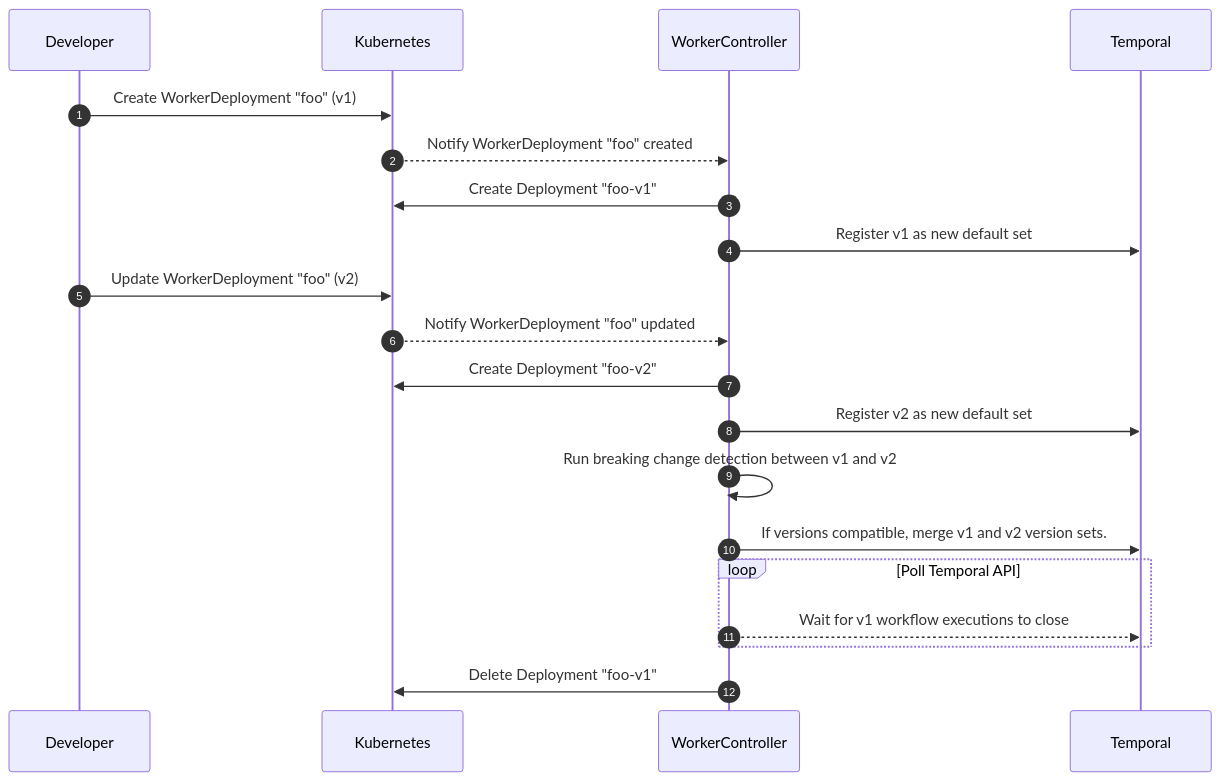
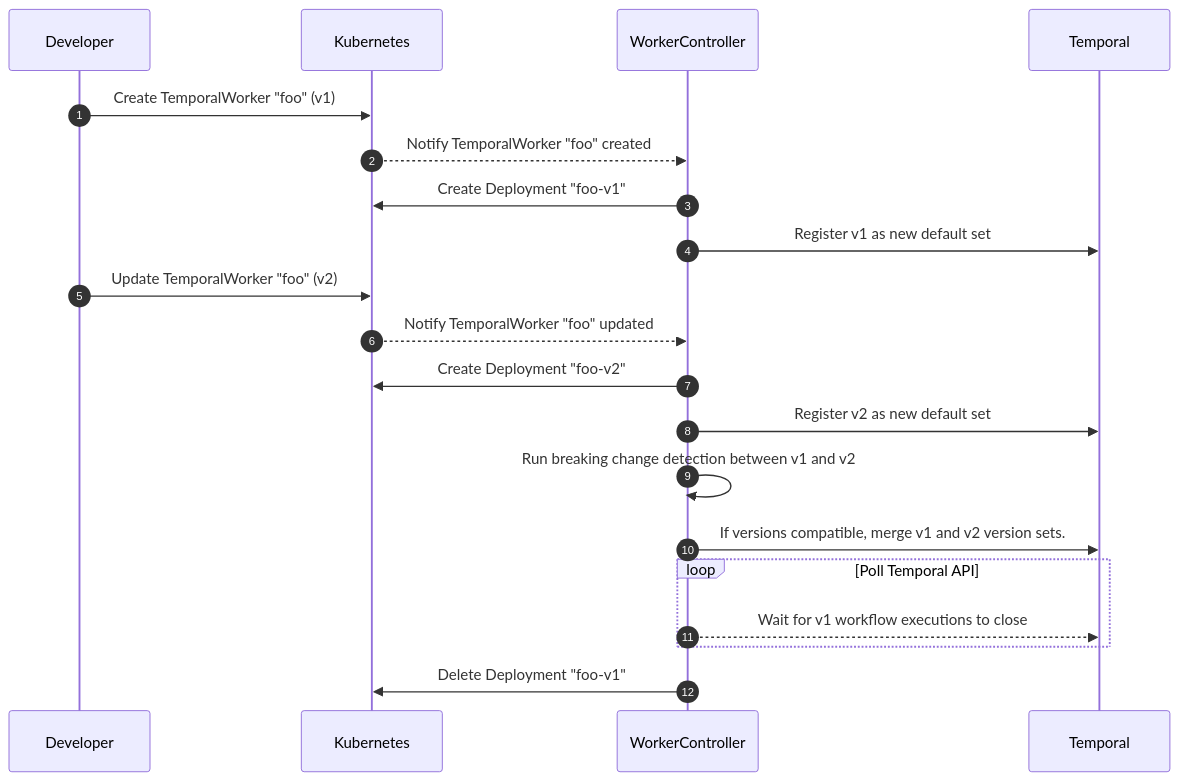
The second of 2 diagrams in README.md (shashwatsuri/temporal-worker-controller), drawn with Mermaid before and after one commit. The commit also changed other lines of this file and 29 other files, not shown here.

````diff
--- a/README.md
+++ b/README.md
@@ -104,26 +104,26 @@
 ```mermaid
 sequenceDiagram
     autonumber
     participant Dev as Developer
     participant K8s as Kubernetes
     participant Ctl as WorkerController
     participant T as Temporal
 
-    Dev->>K8s: Create WorkerDeployment "foo" (v1)
-    K8s-->>Ctl: Notify WorkerDeployment "foo" created
+    Dev->>K8s: Create TemporalWorker "foo" (v1)
+    K8s-->>Ctl: Notify TemporalWorker "foo" created
     Ctl->>K8s: Create Deployment "foo-v1"
     Ctl->>T: Register v1 as new default set
-    Dev->>K8s: Update WorkerDeployment "foo" (v2)
-    K8s-->>Ctl: Notify WorkerDeployment "foo" updated
+    Dev->>K8s: Update TemporalWorker "foo" (v2)
+    K8s-->>Ctl: Notify TemporalWorker "foo" updated
     Ctl->>K8s: Create Deployment "foo-v2"
     Ctl->>T: Register v2 as new default set
     
     Ctl->>Ctl: Run breaking change detection between v1 and v2
     Ctl->>T: If versions compatible, merge v1 and v2 version sets.
     
     loop Poll Temporal API
         Ctl-->>T: Wait for v1 workflow executions to close
     end
     
     Ctl->>K8s: Delete Deployment "foo-v1"
 ```
````
